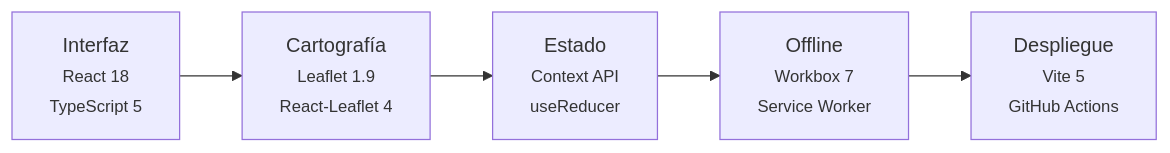
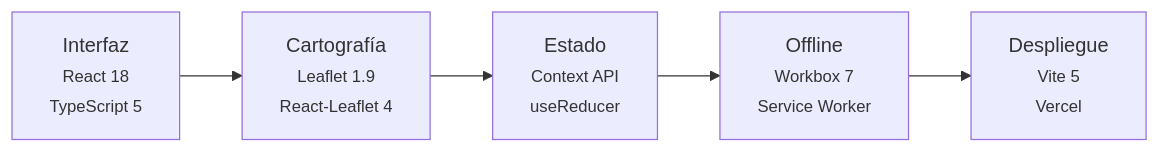
Before and after one commit to DevCristobalvc/geovisor-sevillavalle: the diagram in docs/generador/mmd/mt-02.mmd, drawn with Mermaid. The commit also changed 49 other files, not shown here.

```diff
--- a/docs/generador/mmd/mt-02.mmd
+++ b/docs/generador/mmd/mt-02.mmd
@@ -1,5 +1,5 @@
 flowchart LR
     A["Interfaz<br/><small>React 18<br/>TypeScript 5</small>"] --> B["Cartografía<br/><small>Leaflet 1.9<br/>React-Leaflet 4</small>"]
     B --> C["Estado<br/><small>Context API<br/>useReducer</small>"]
     C --> D["Offline<br/><small>Workbox 7<br/>Service Worker</small>"]
-    D --> E["Despliegue<br/><small>Vite 5<br/>GitHub Actions</small>"]
+    D --> E["Despliegue<br/><small>Vite 5<br/>Vercel</small>"]
```
